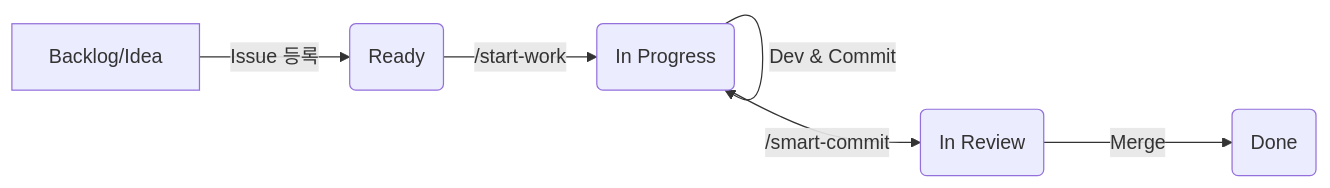
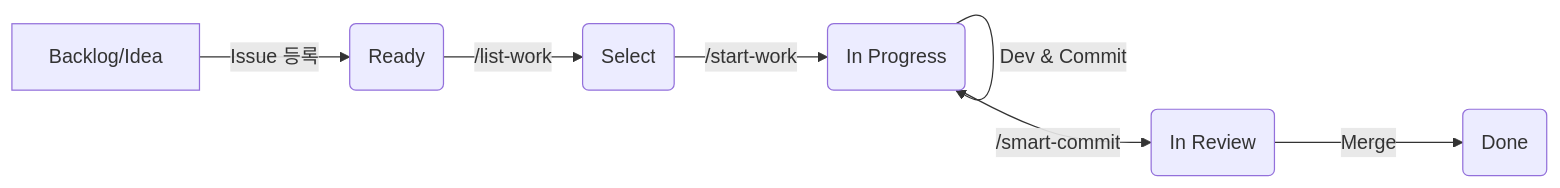
The diagram in WORKFLOW_STANDARD.md (stolink/stolink_frontend), drawn with Mermaid before and after one commit. The commit also changed other lines of this file and 1 other file, not shown here.

Commit message:
refactor(workflow): start-work 백그라운드 실행 및 list 통합

````diff
--- a/WORKFLOW_STANDARD.md
+++ b/WORKFLOW_STANDARD.md
@@ -26,8 +26,9 @@
 ```mermaid
 graph LR
     A[Backlog/Idea] -->|Issue 등록| B(Ready)
-    B -->|/start-work| C(In Progress)
-    C -->|Dev & Commit| C
-    C -->|/smart-commit| D(In Review)
-    D -->|Merge| E(Done)
+    B -->|/list-work| C(Select)
+    C -->|/start-work| D(In Progress)
+    D -->|Dev & Commit| D
+    D -->|/smart-commit| E(In Review)
+    E -->|Merge| F(Done)
 ```
````
